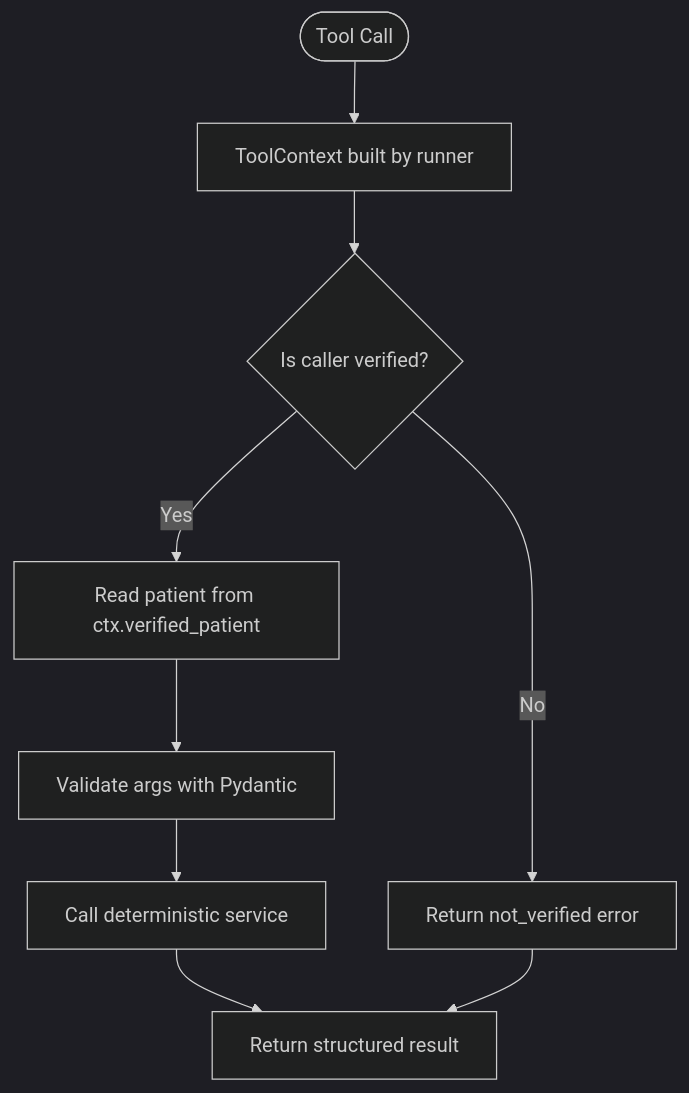
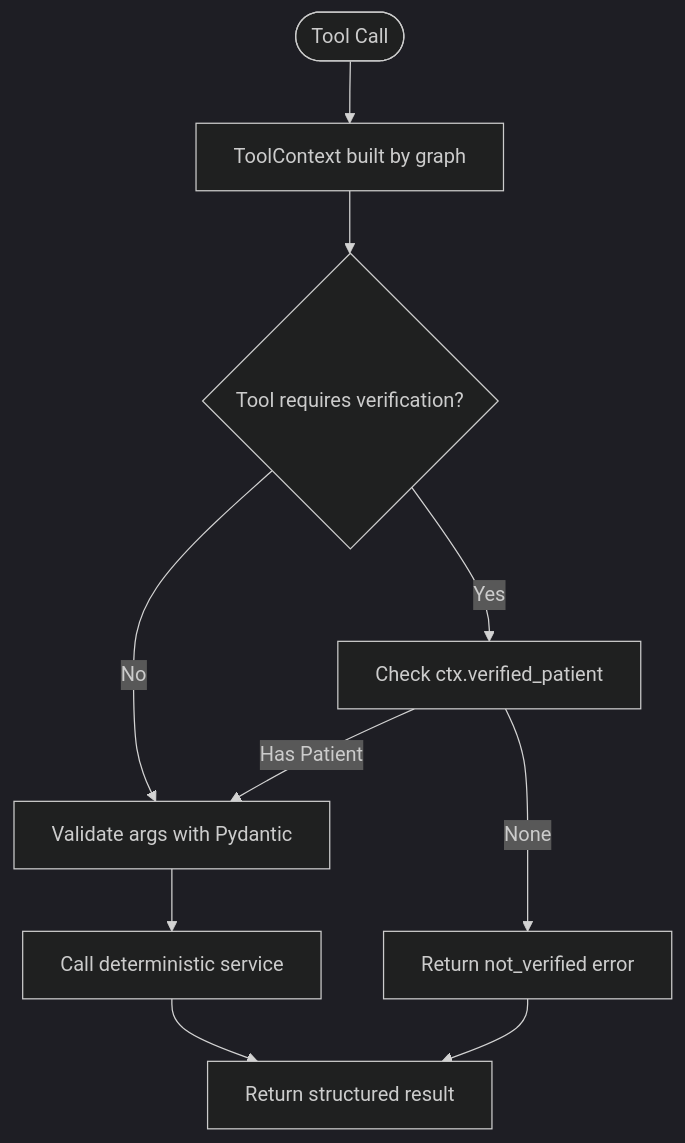
The third of 5 diagrams in .qoder/repowiki/en/content/AI Agent System/Tool Architecture/Tool Architecture.md (gokulkaarthicks/dental-chatbot), drawn with Mermaid (dark theme) before and after one commit. The commit also changed other lines of this file and 280 other files, not shown here.

````diff
--- a/.qoder/repowiki/en/content/AI Agent System/Tool Architecture/Tool Architecture.md
+++ b/.qoder/repowiki/en/content/AI Agent System/Tool Architecture/Tool Architecture.md
@@ -187,11 +213,12 @@
 ```mermaid
 flowchart TD
-Start(["Tool Call"]) --> Context["ToolContext built by runner"]
-Context --> IdentityCheck{"Is caller verified?"}
-IdentityCheck --> |No| NotVerified["Return not_verified error"]
-IdentityCheck --> |Yes| ReadState["Read patient from ctx.verified_patient"]
-ReadState --> ValidateArgs["Validate args with Pydantic"]
+Start(["Tool Call"]) --> Context["ToolContext built by graph"]
+Context --> VerificationCheck{"Tool requires verification?"}
+VerificationCheck --> |No| ValidateArgs["Validate args with Pydantic"]
+VerificationCheck --> |Yes| CheckVerified["Check ctx.verified_patient"]
+CheckVerified --> |None| NotVerified["Return not_verified error"]
+CheckVerified --> |Has Patient| ValidateArgs
 ValidateArgs --> CallService["Call deterministic service"]
 CallService --> Result["Return structured result"]
 NotVerified --> Result
 ```
````
